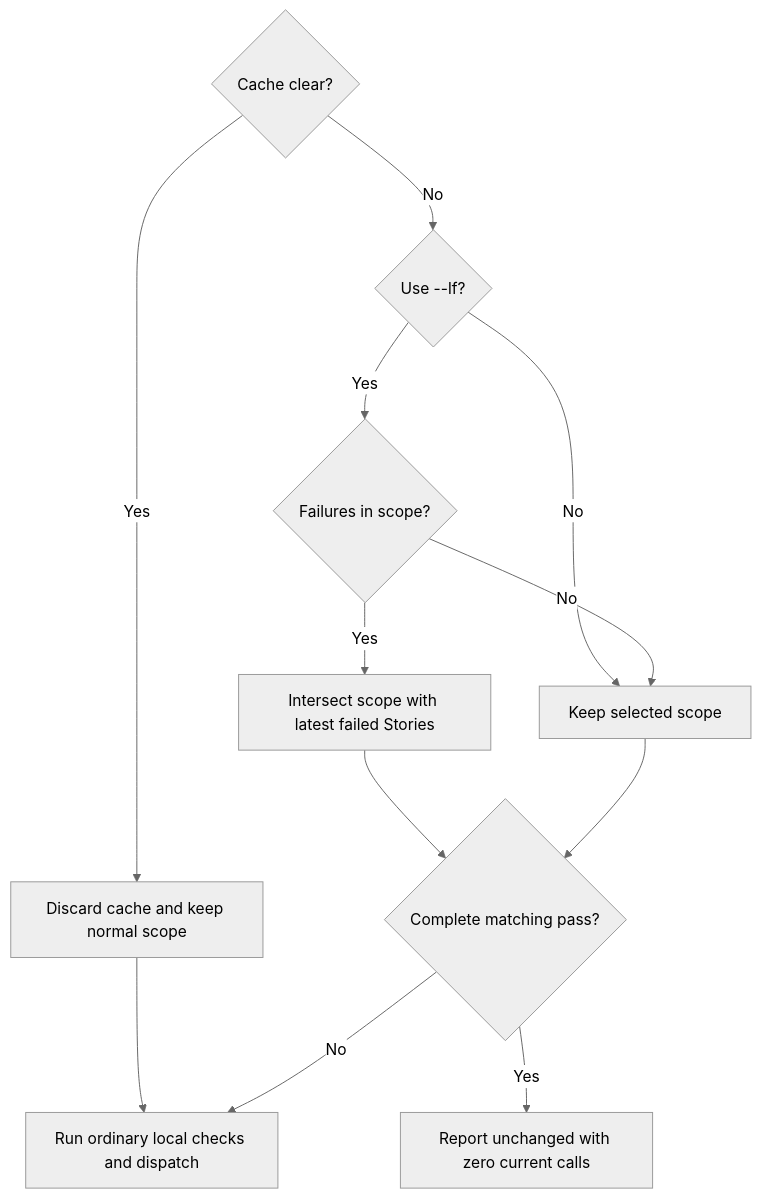
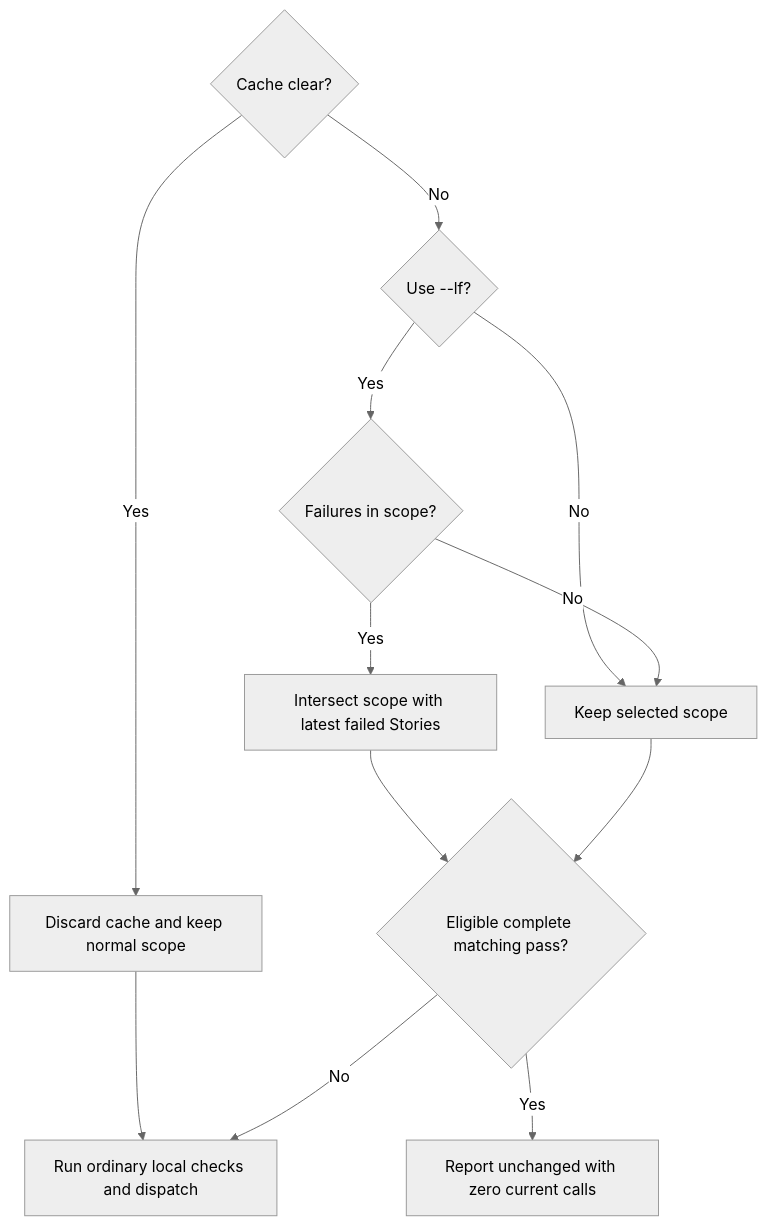
One commit to promptdriven/pdd changed the first of 2 diagrams in prompts/cli/runtime-client.prompt.md. Above: the diagram before and after it, drawn with Mermaid (neutral theme). The commit also changed other lines of this file and 6 other files, not shown here.

````diff
--- a/prompts/cli/runtime-client.prompt.md
+++ b/prompts/cli/runtime-client.prompt.md
@@ -20,14 +30,14 @@
 ```mermaid
 flowchart TD
     C{Cache clear?} -->|Yes| A[Discard cache and keep normal scope]
     C -->|No| L{Use --lf?}
     L -->|No| S[Keep selected scope]
     L -->|Yes| K{Failures in scope?}
     K -->|Yes| F[Intersect scope with latest failed Stories]
     K -->|No| S
-    F --> E{Complete matching pass?}
+    F --> E{Eligible complete matching pass?}
     S --> E
     A --> R[Run ordinary local checks and dispatch]
     E -->|Yes| U[Report unchanged with zero current calls]
     E -->|No| R
 ```
````
